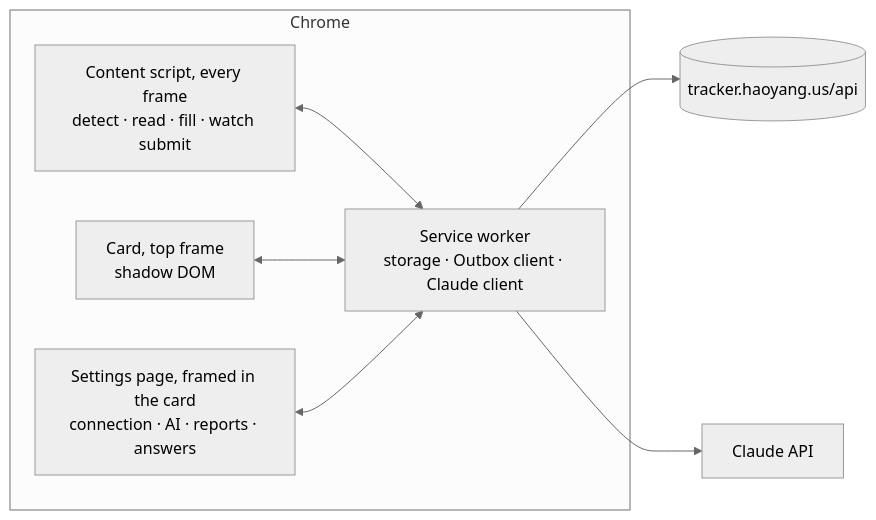
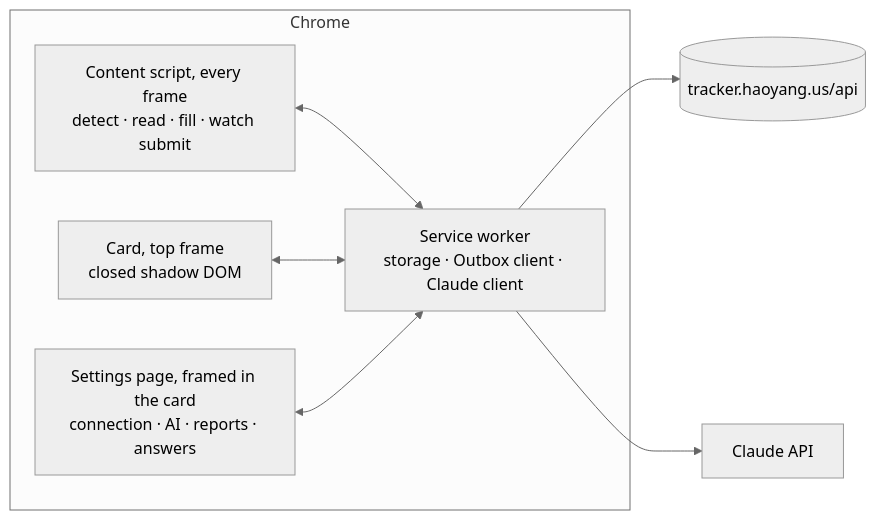
The diagram in docs/autofill.md (heyemlee/work-tracker), drawn with Mermaid (neutral theme) before and after one commit. The commit also changed other lines of this file and 9 other files, not shown here.

````diff
--- a/docs/autofill.md
+++ b/docs/autofill.md
@@ -59,16 +59,16 @@
 ```mermaid
 flowchart LR
   subgraph chrome["Chrome"]
     cs["Content script, every frame<br/>detect · read · fill · watch submit"]
-    card["Card, top frame<br/>shadow DOM"]
+    card["Card, top frame<br/>closed shadow DOM"]
     bg["Service worker<br/>storage · Outbox client · Claude client"]
     opts["Settings page, framed in the card<br/>connection · AI · reports · answers"]
   end
   outbox[("tracker.haoyang.us/api")]
   claude["Claude API"]
   cs <--> bg
   card <--> bg
   opts <--> bg
   bg --> outbox
   bg --> claude
 ```
````
